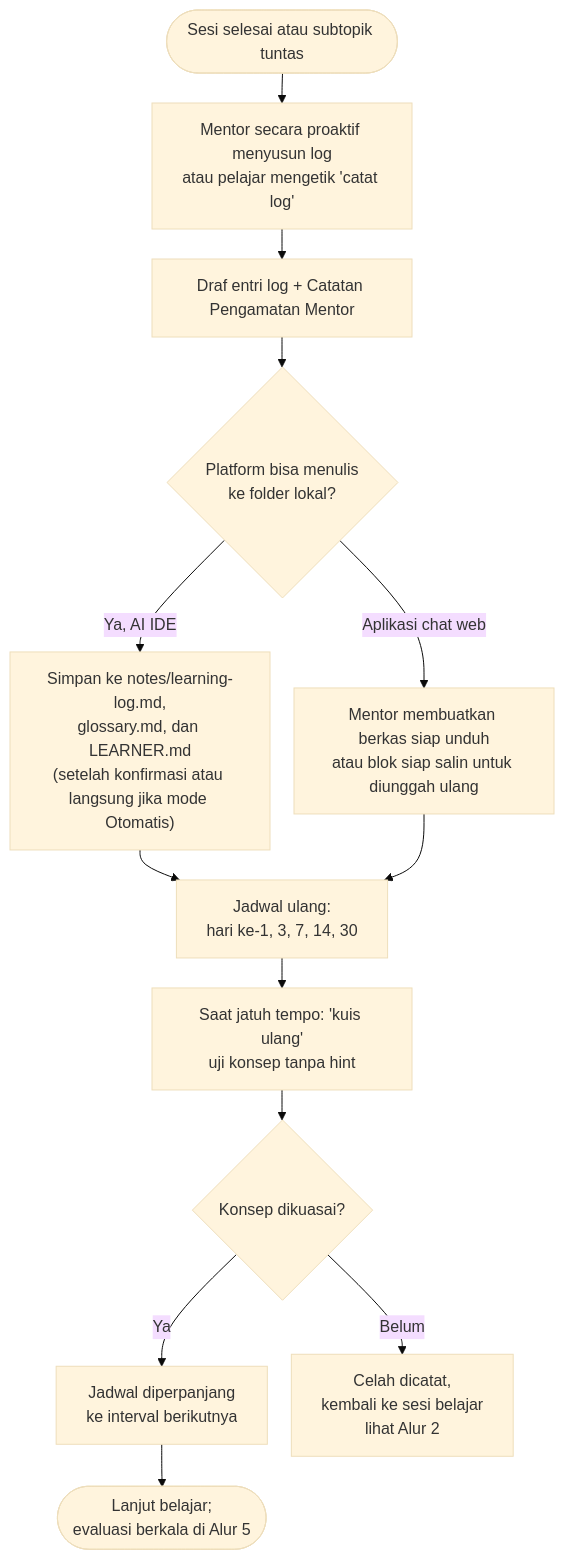
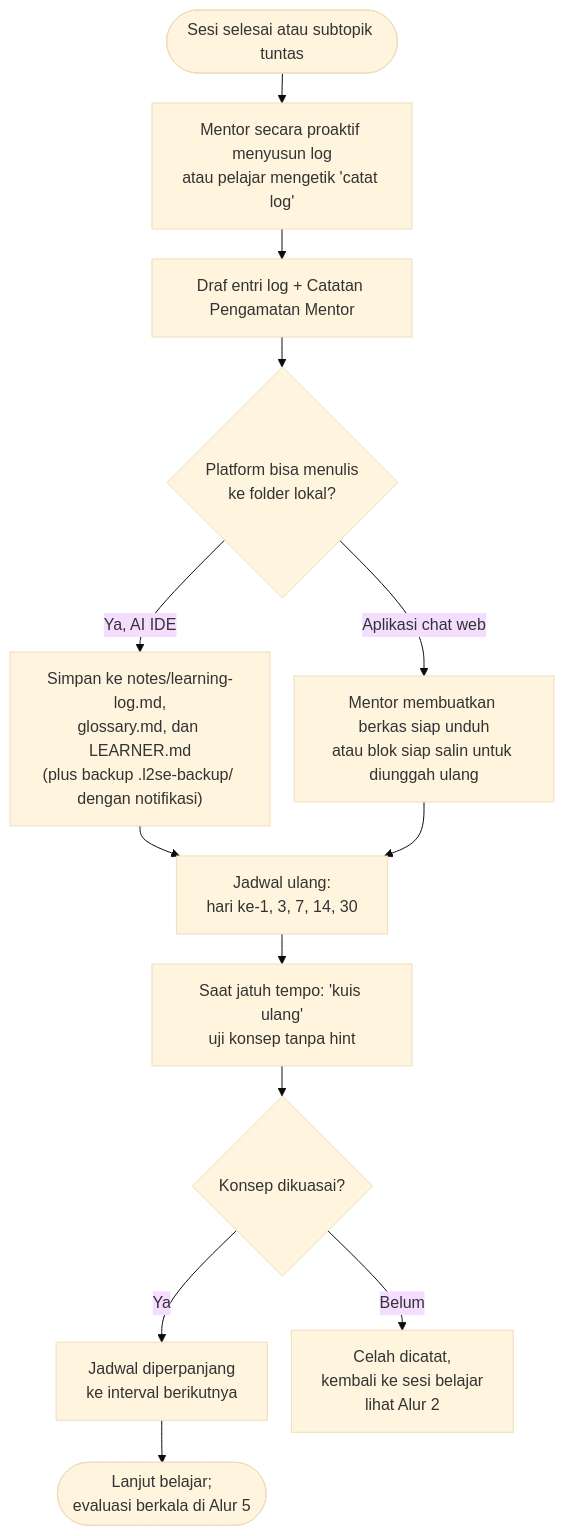
The fifth of 7 diagrams in docs/cara-kerja.md (Raguna633/l2se), drawn with Mermaid (base theme) before and after one commit. The commit also changed 7 other files, not shown here.

First line of the commit message:
feat(privacy): abaikan LEARNER.md di .gitignore dan tambah backup profil proaktif

````diff
--- a/docs/cara-kerja.md
+++ b/docs/cara-kerja.md
@@ -144,16 +144,16 @@
 ```mermaid
 %%{init: {"flowchart": {"nodeSpacing": 24, "rankSpacing": 30}}}%%
 flowchart TD
     A(["Sesi selesai atau subtopik tuntas"]) --> B["Mentor secara proaktif menyusun log<br/>atau pelajar mengetik 'catat log'"]
     B --> C["Draf entri log + Catatan Pengamatan Mentor"]
     C --> D{"Platform bisa menulis<br/>ke folder lokal?"}
-    D -->|"Ya, AI IDE"| E["Simpan ke notes/learning-log.md,<br/>glossary.md, dan LEARNER.md<br/>(setelah konfirmasi atau langsung jika mode Otomatis)"]
+    D -->|"Ya, AI IDE"| E["Simpan ke notes/learning-log.md,<br/>glossary.md, dan LEARNER.md<br/>(plus backup .l2se-backup/ dengan notifikasi)"]
     D -->|"Aplikasi chat web"| F["Mentor membuatkan berkas siap unduh<br/>atau blok siap salin untuk diunggah ulang"]
     E --> G
     F --> G
     G["Jadwal ulang:<br/>hari ke-1, 3, 7, 14, 30"] --> H["Saat jatuh tempo: 'kuis ulang'<br/>uji konsep tanpa hint"]
     H --> I{"Konsep dikuasai?"}
     I -->|"Ya"| J["Jadwal diperpanjang<br/>ke interval berikutnya"]
     I -->|"Belum"| K["Celah dicatat,<br/>kembali ke sesi belajar<br/>lihat Alur 2"]
     J --> L(["Lanjut belajar;<br/>evaluasi berkala di Alur 5"])
 ```
````
